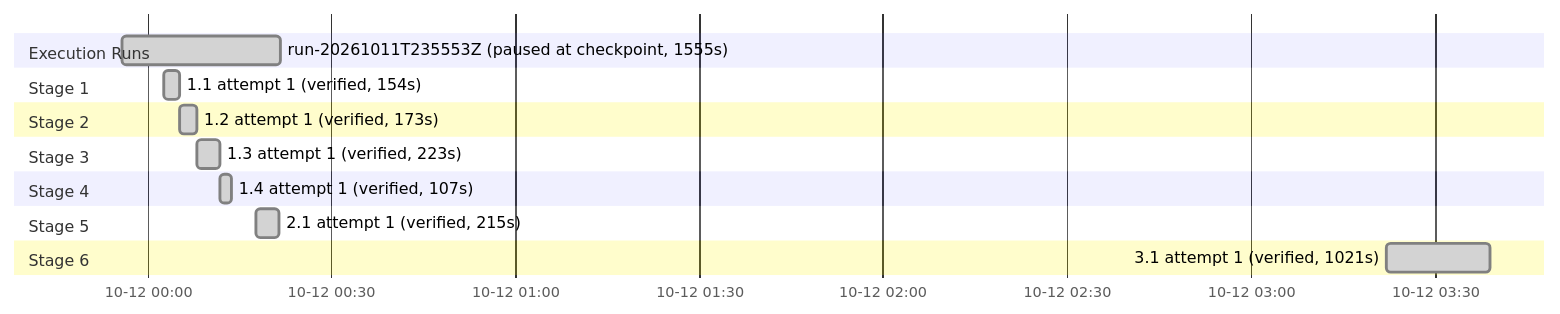
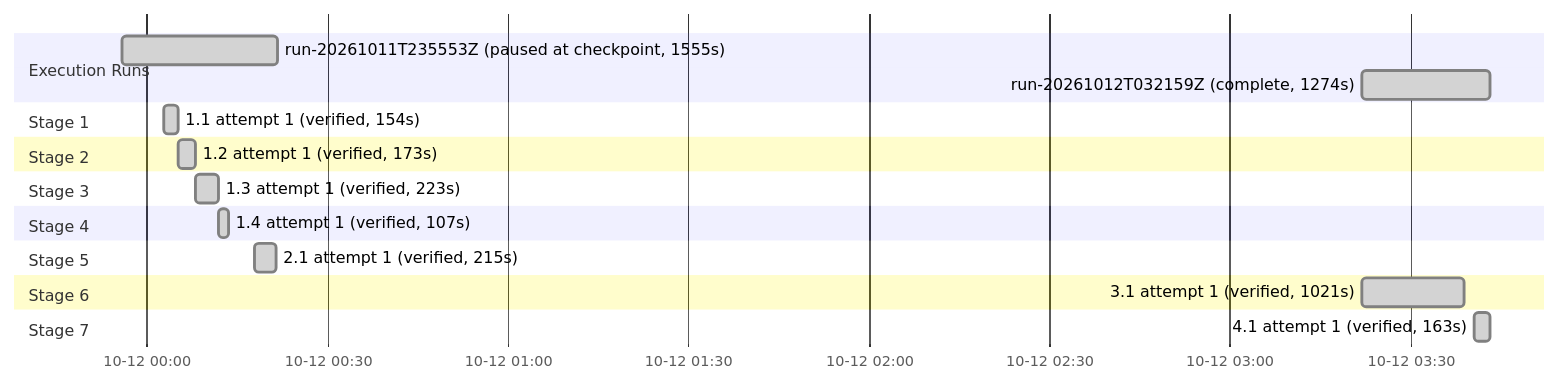
One commit to sohampatwardhan/icloud-mcp changed the second of 2 diagrams in .specs/contacts-lists/05_execution.md. Above: the diagram before and after it, drawn with Mermaid. The commit also changed other lines of this file and 5 other files, not shown here.

````diff
--- a/.specs/contacts-lists/05_execution.md
+++ b/.specs/contacts-lists/05_execution.md
@@ -95,19 +98,22 @@
 ```mermaid
 gantt
     dateFormat YYYY-MM-DDTHH:mm:ss
     axisFormat %m-%d %H:%M
     section Execution Runs
     run-20261011T235553Z (paused at checkpoint, 1555s) :done, run_20261011T235553Z, 2026-10-11T23:55:53, 2026-10-12T00:21:48
+    run-20261012T032159Z (complete, 1274s) :done, run_20261012T032159Z, 2026-10-12T03:21:59, 2026-10-12T03:43:13
     section Stage 1
     1.1 attempt 1 (verified, 154s) :done, b_1_1_attempt1, 2026-10-12T00:02:44, 2026-10-12T00:05:18
     section Stage 2
     1.2 attempt 1 (verified, 173s) :done, b_1_2_attempt1, 2026-10-12T00:05:18, 2026-10-12T00:08:11
     section Stage 3
     1.3 attempt 1 (verified, 223s) :done, b_1_3_attempt1, 2026-10-12T00:08:11, 2026-10-12T00:11:54
     section Stage 4
     1.4 attempt 1 (verified, 107s) :done, b_1_4_attempt1, 2026-10-12T00:11:54, 2026-10-12T00:13:41
     section Stage 5
     2.1 attempt 1 (verified, 215s) :done, b_2_1_attempt1, 2026-10-12T00:17:49, 2026-10-12T00:21:24
     section Stage 6
     3.1 attempt 1 (verified, 1021s) :done, b_3_1_attempt1, 2026-10-12T03:21:59, 2026-10-12T03:39:00
+    section Stage 7
+    4.1 attempt 1 (verified, 163s) :done, b_4_1_attempt1, 2026-10-12T03:40:30, 2026-10-12T03:43:13
 ```
````
